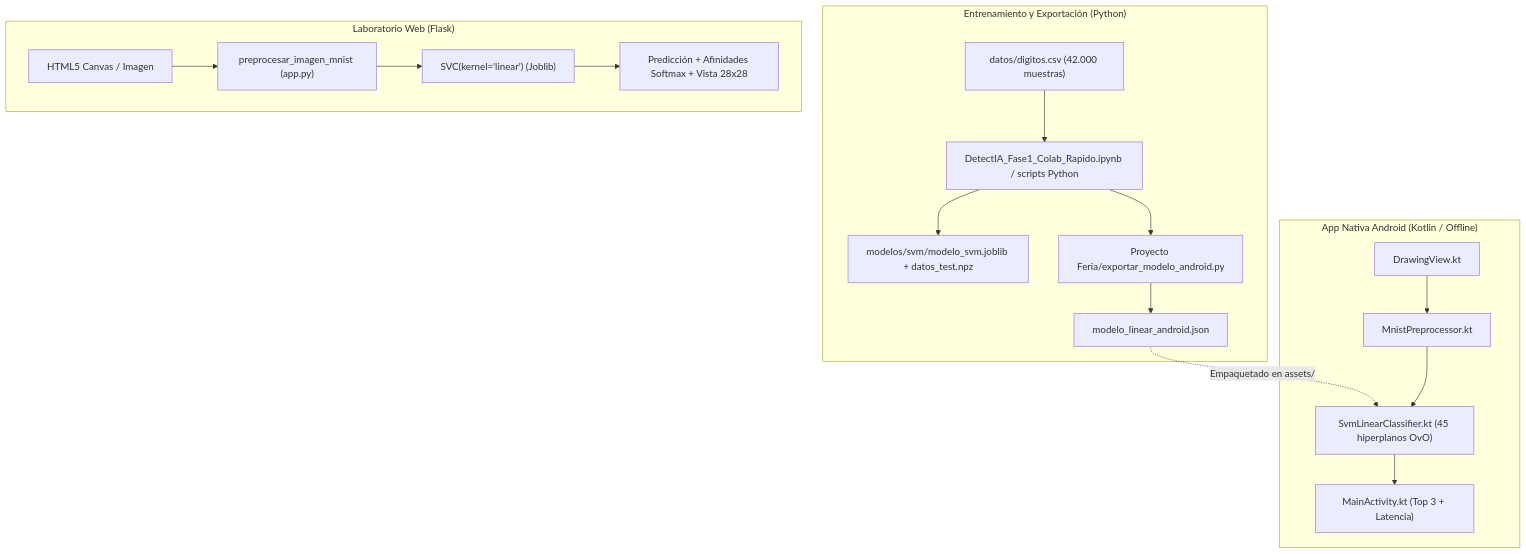
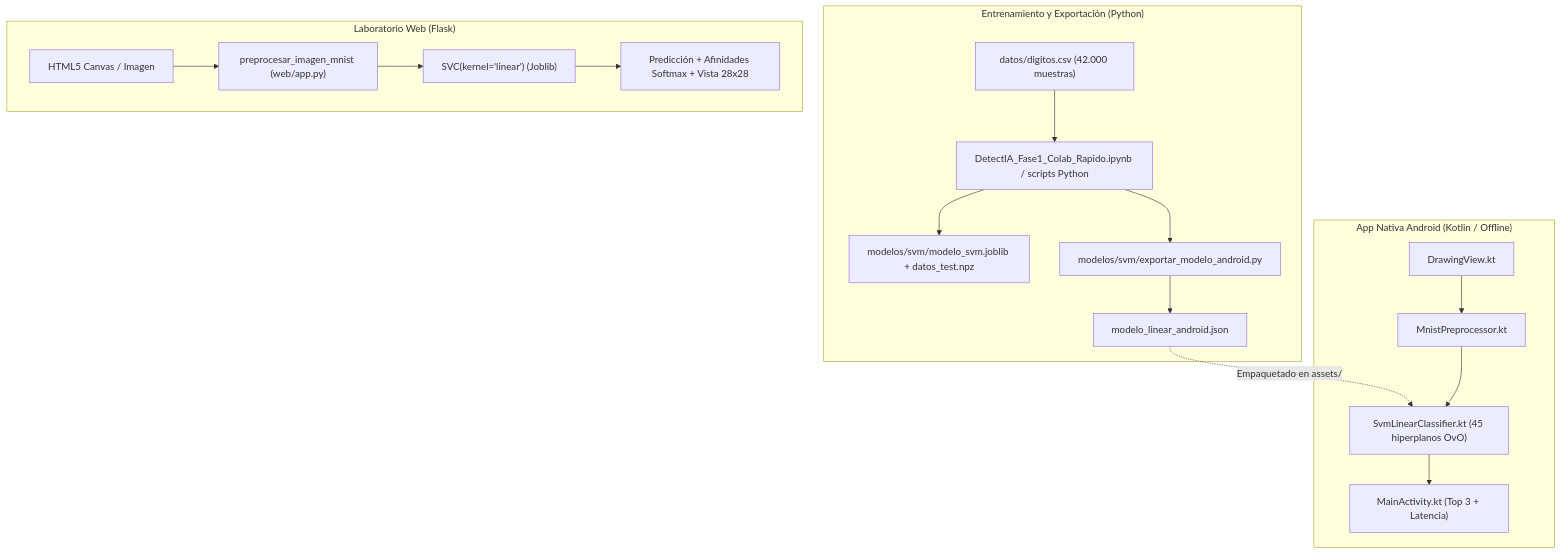
One commit to TeVerde29/DetectIA changed the diagram in README.md. Above: the diagram before and after it, drawn with Mermaid. The commit also changed other lines of this file and 25 other files, not shown here.

First line of the commit message:
Reorganiza modelos y plataforma web

````diff
--- a/README.md
+++ b/README.md
@@ -74,22 +74,22 @@
 ```mermaid
 flowchart TD
     subgraph Entrenamiento ["Entrenamiento y Exportación (Python)"]
         CSV["datos/digitos.csv (42.000 muestras)"] --> Train["DetectIA_Fase1_Colab_Rapido.ipynb / scripts Python"]
         Train --> Joblib["modelos/svm/modelo_svm.joblib + datos_test.npz"]
-        Train --> Export["Proyecto Feria/exportar_modelo_android.py"]
+        Train --> Export["modelos/svm/exportar_modelo_android.py"]
         Export --> JsonWeights["modelo_linear_android.json"]
     end
 
     subgraph Web ["Laboratorio Web (Flask)"]
-        CanvasWeb["HTML5 Canvas / Imagen"] --> PrePy["preprocesar_imagen_mnist (app.py)"]
+        CanvasWeb["HTML5 Canvas / Imagen"] --> PrePy["preprocesar_imagen_mnist (web/app.py)"]
         PrePy --> SvmPy["SVC(kernel='linear') (Joblib)"]
         SvmPy --> UiWeb["Predicción + Afinidades Softmax + Vista 28x28"]
     end
 
     subgraph Android ["App Nativa Android (Kotlin / Offline)"]
         Touch["DrawingView.kt"] --> PreKt["MnistPreprocessor.kt"]
         JsonWeights -.->|"Empaquetado en assets/"| SvmKt["SvmLinearClassifier.kt (45 hiperplanos OvO)"]
         PreKt --> SvmKt
         SvmKt --> UiKt["MainActivity.kt (Top 3 + Latencia)"]
     end
 ```
````
